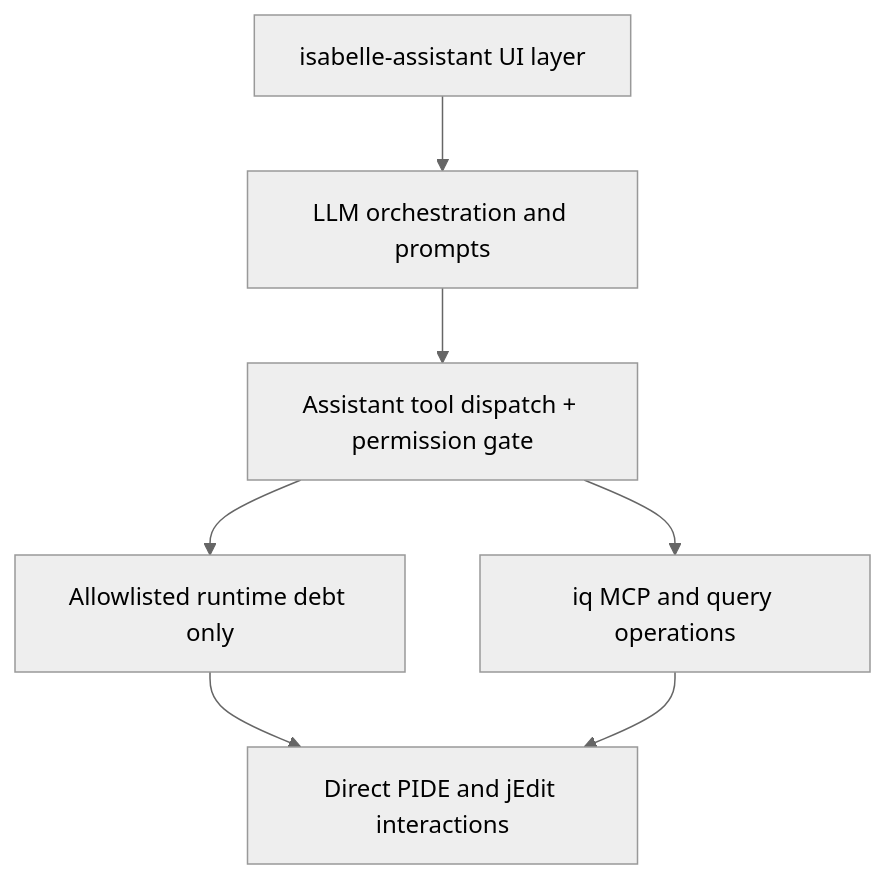
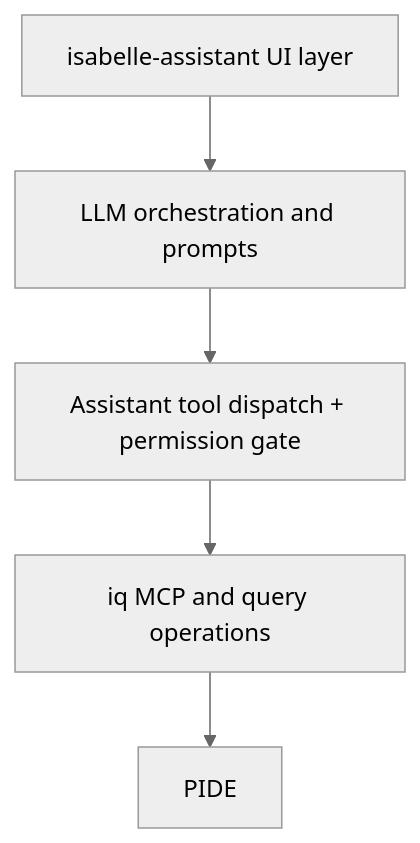
The first of 2 diagrams in design-documents/01-architecture-current-vs-target.md (dominic-mulligan-aws/AutoCorrode), drawn with Mermaid (neutral theme) before and after one commit. The commit also changed other lines of this file and 8 other files, not shown here.

First line of the commit message:
Enforce zero-exception layering policy and lock architecture docs

````diff
--- a/design-documents/01-architecture-current-vs-target.md
+++ b/design-documents/01-architecture-current-vs-target.md
@@ -15,9 +15,7 @@
 ```mermaid
 graph TD
   UI["isabelle-assistant UI layer"] --> ORCH["LLM orchestration and prompts"]
   ORCH --> TOOLS["Assistant tool dispatch + permission gate"]
   TOOLS --> IQ["iq MCP and query operations"]
-  TOOLS --> DEBT["Allowlisted runtime debt only"]
-  DEBT --> PIDE["Direct PIDE and jEdit interactions"]
   IQ --> PIDE
 ```
````
